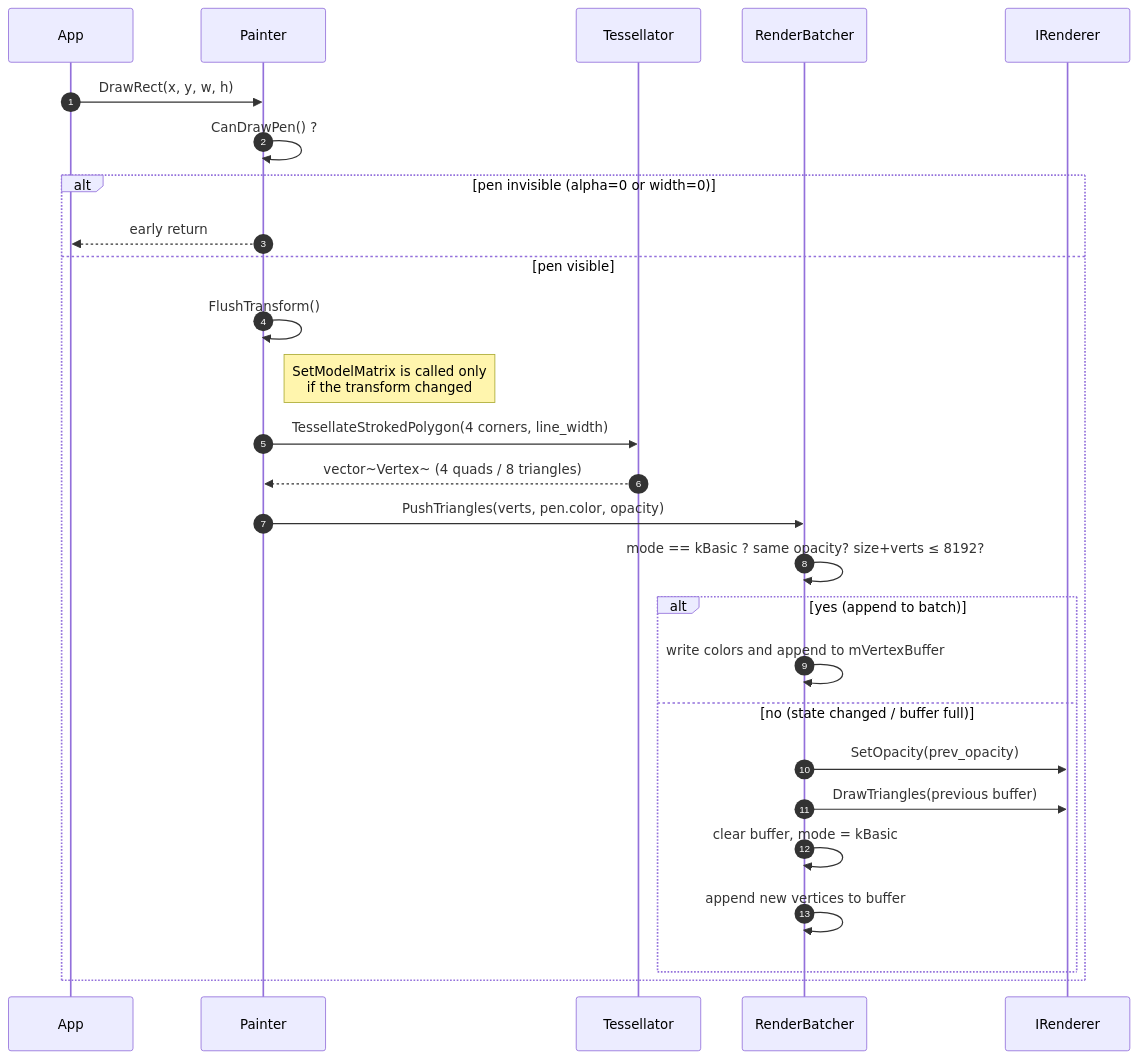
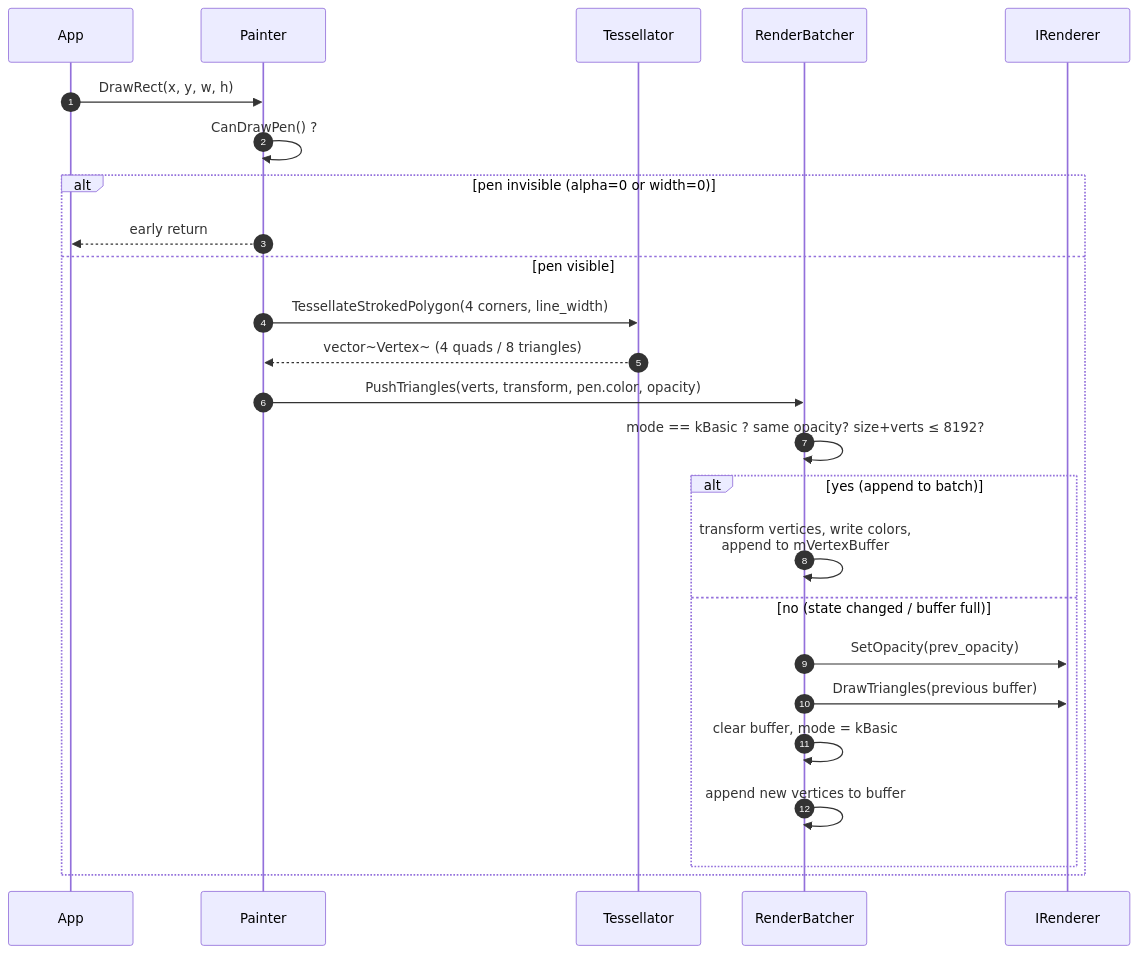
The second of 13 diagrams in doc/en/flows.md (yazilimperver/sdl-painter), drawn with Mermaid before and after one commit. The commit also changed other lines of this file and 10 other files, not shown here.

````diff
--- a/doc/en/flows.md
+++ b/doc/en/flows.md
@@ -69,30 +69,28 @@
 ```mermaid
 sequenceDiagram
     autonumber
     participant App
     participant P as Painter
     participant T as Tessellator
     participant B as RenderBatcher
     participant R as IRenderer
 
     App->>P: DrawRect(x, y, w, h)
     P->>P: CanDrawPen() ?
     alt pen invisible (alpha=0 or width=0)
         P-->>App: early return
     else pen visible
-        P->>P: FlushTransform()
-        Note right of P: SetModelMatrix is called only<br/>if the transform changed
         P->>T: TessellateStrokedPolygon(4 corners, line_width)
         T-->>P: vector~Vertex~ (4 quads / 8 triangles)
-        P->>B: PushTriangles(verts, pen.color, opacity)
+        P->>B: PushTriangles(verts, transform, pen.color, opacity)
         B->>B: mode == kBasic ? same opacity? size+verts ≤ 8192?
         alt yes (append to batch)
-            B->>B: write colors and append to mVertexBuffer
+            B->>B: transform vertices, write colors,<br/>append to mVertexBuffer
         else no (state changed / buffer full)
             B->>R: SetOpacity(prev_opacity)
             B->>R: DrawTriangles(previous buffer)
             B->>B: clear buffer, mode = kBasic
             B->>B: append new vertices to buffer
         end
     end
 ```
````
